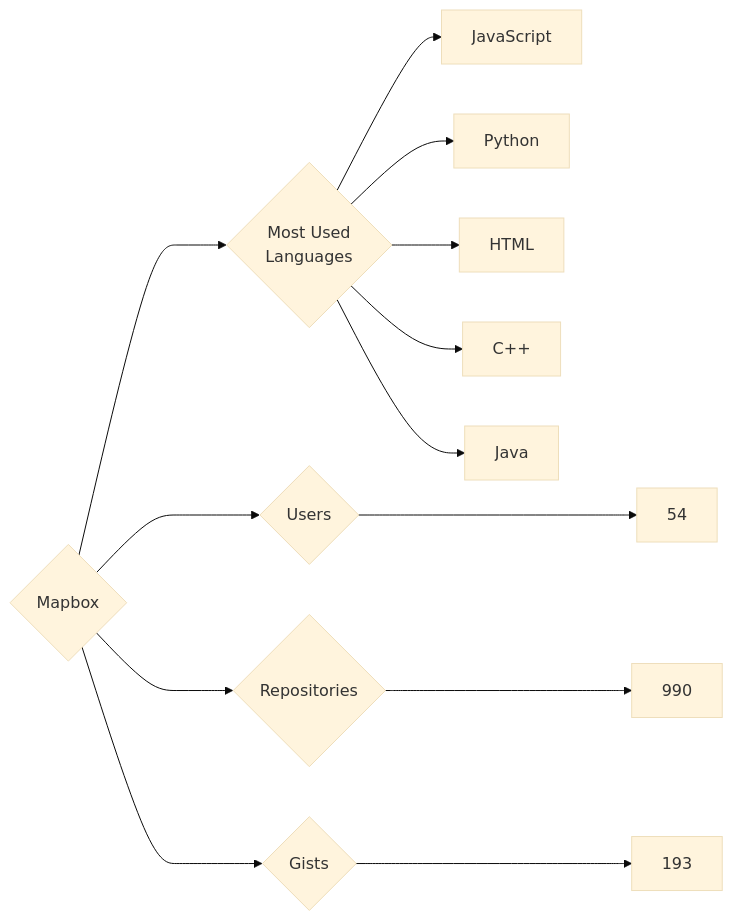
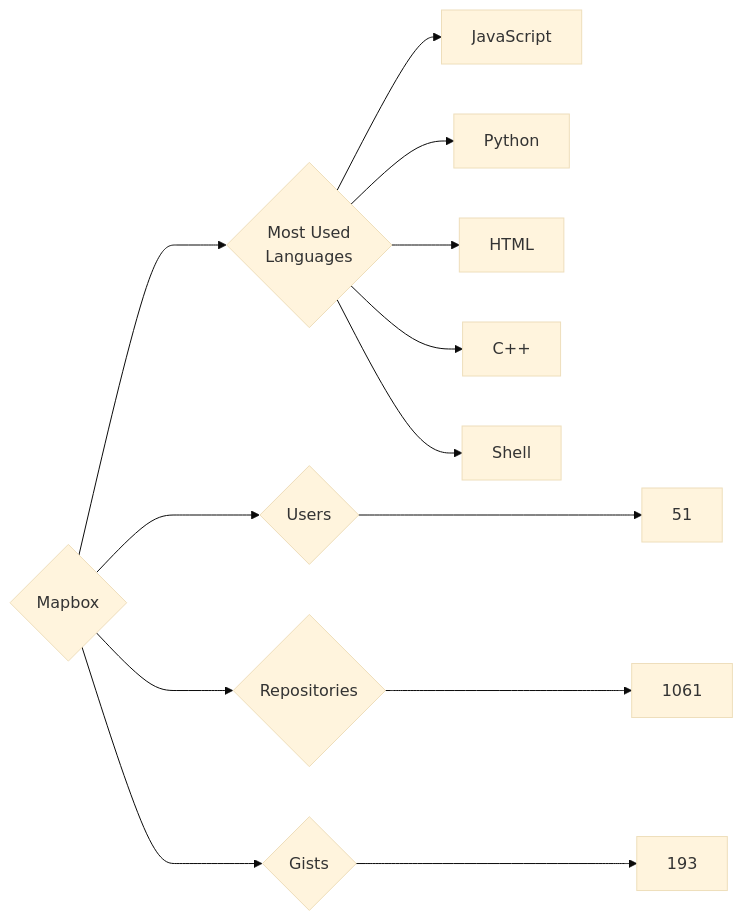
Before and after one commit to trickest/insiders: the diagram in targets/Mapbox/README.md, drawn with Mermaid (base theme). The commit also changed 845 other files, not shown here.

````diff
--- a/targets/Mapbox/README.md
+++ b/targets/Mapbox/README.md
@@ -3,13 +3,13 @@
 ```mermaid
 graph LR
 COMPANY_NAME{Mapbox}
-COMPANY_NAME ---> U{Users} ---> UN[54]
-COMPANY_NAME ---> R{Repositories} ---> RN[990]
+COMPANY_NAME ---> U{Users} ---> UN[51]
+COMPANY_NAME ---> R{Repositories} ---> RN[1061]
 COMPANY_NAME ---> G{Gists} ---> GN[193]
 COMPANY_NAME ---> ML{Most Used<br>Languages}
 ML --> JavaScript[JavaScript]
 ML --> Python[Python]
 ML --> HTML[HTML]
 ML --> C++[C++]
-ML --> Java[Java]
+ML --> Shell[Shell]
 ```
````
